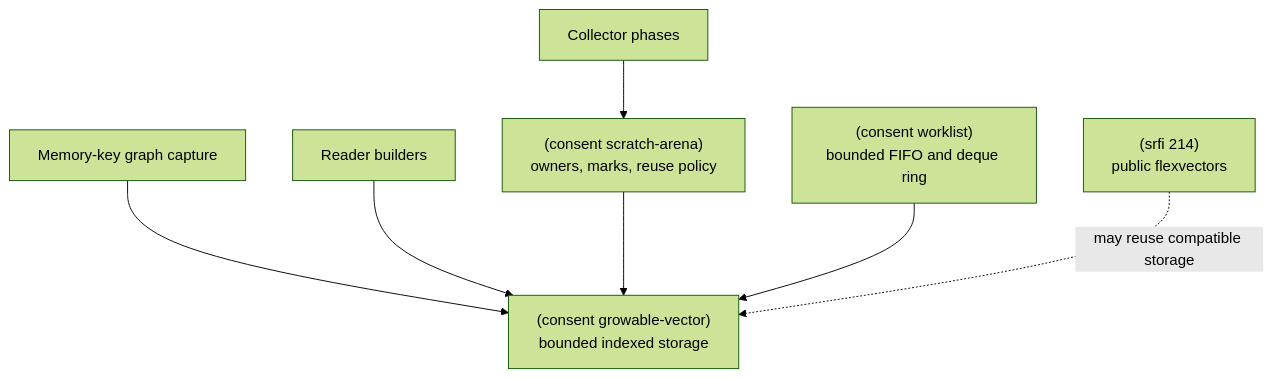
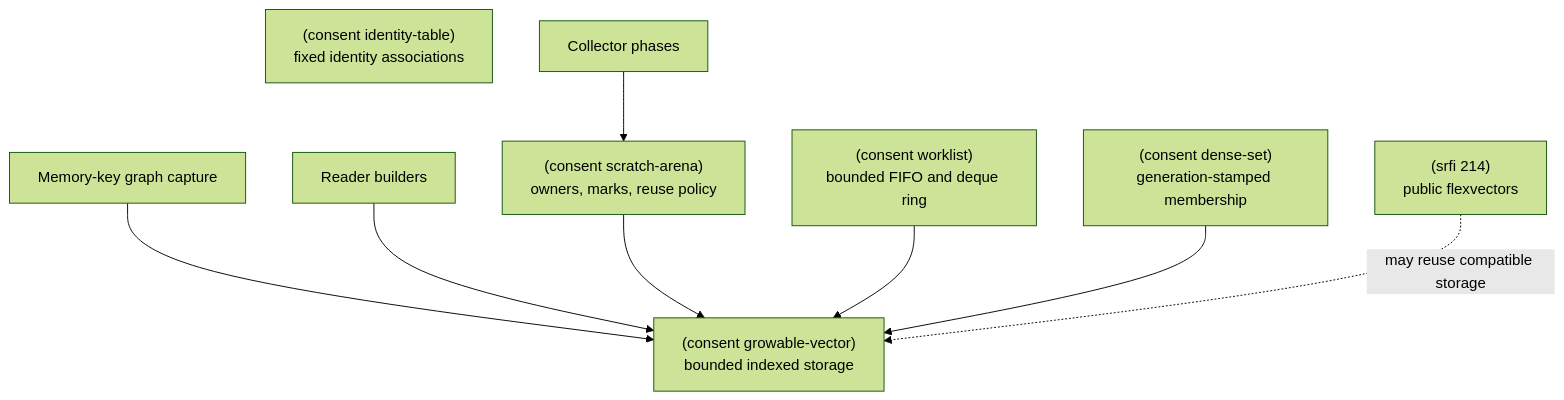
Before and after one commit to tahoma/agent-scheme: the first of 3 diagrams in docs/runtime-storage.md, drawn with Mermaid (forest theme). The commit also changed other lines of this file and 25 other files, not shown here.

````diff
--- a/docs/runtime-storage.md
+++ b/docs/runtime-storage.md
@@ -29,14 +33,17 @@
 ```mermaid
 flowchart TB
   reader["Reader builders"]
   memory["Memory-key graph capture"] --> grow
   grow["(consent growable-vector)<br/>bounded indexed storage"]
   scratch["(consent scratch-arena)<br/>owners, marks, reuse policy"]
   worklist["(consent worklist)<br/>bounded FIFO and deque ring"]
+  dense["(consent dense-set)<br/>generation-stamped membership"]
+  identity["(consent identity-table)<br/>fixed identity associations"]
   srfi["(srfi 214)<br/>public flexvectors"]
   reader --> grow
   scratch --> grow
   worklist --> grow
+  dense --> grow
   collectors["Collector phases"] --> scratch
   srfi -. "may reuse compatible storage" .-> grow
 ```
````
